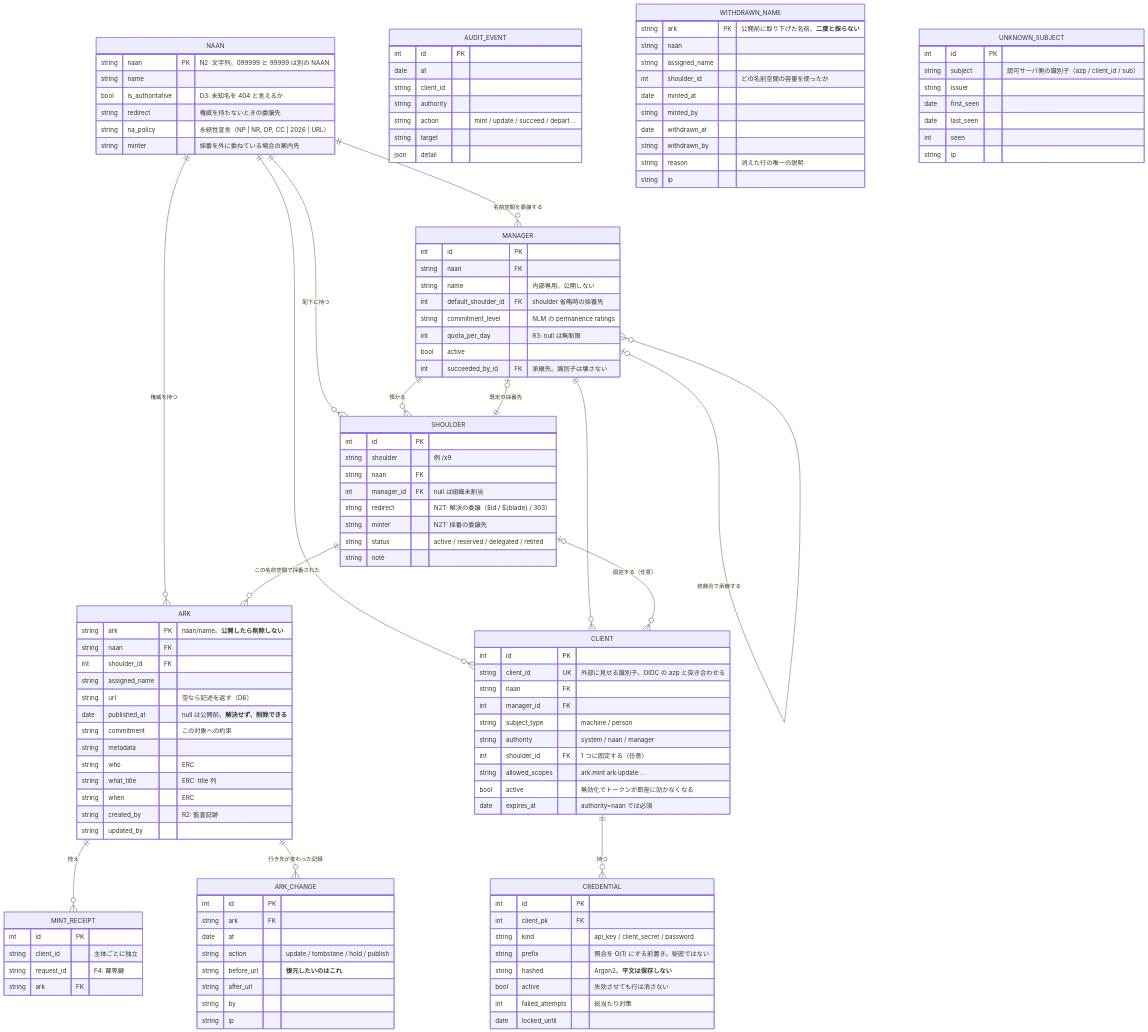
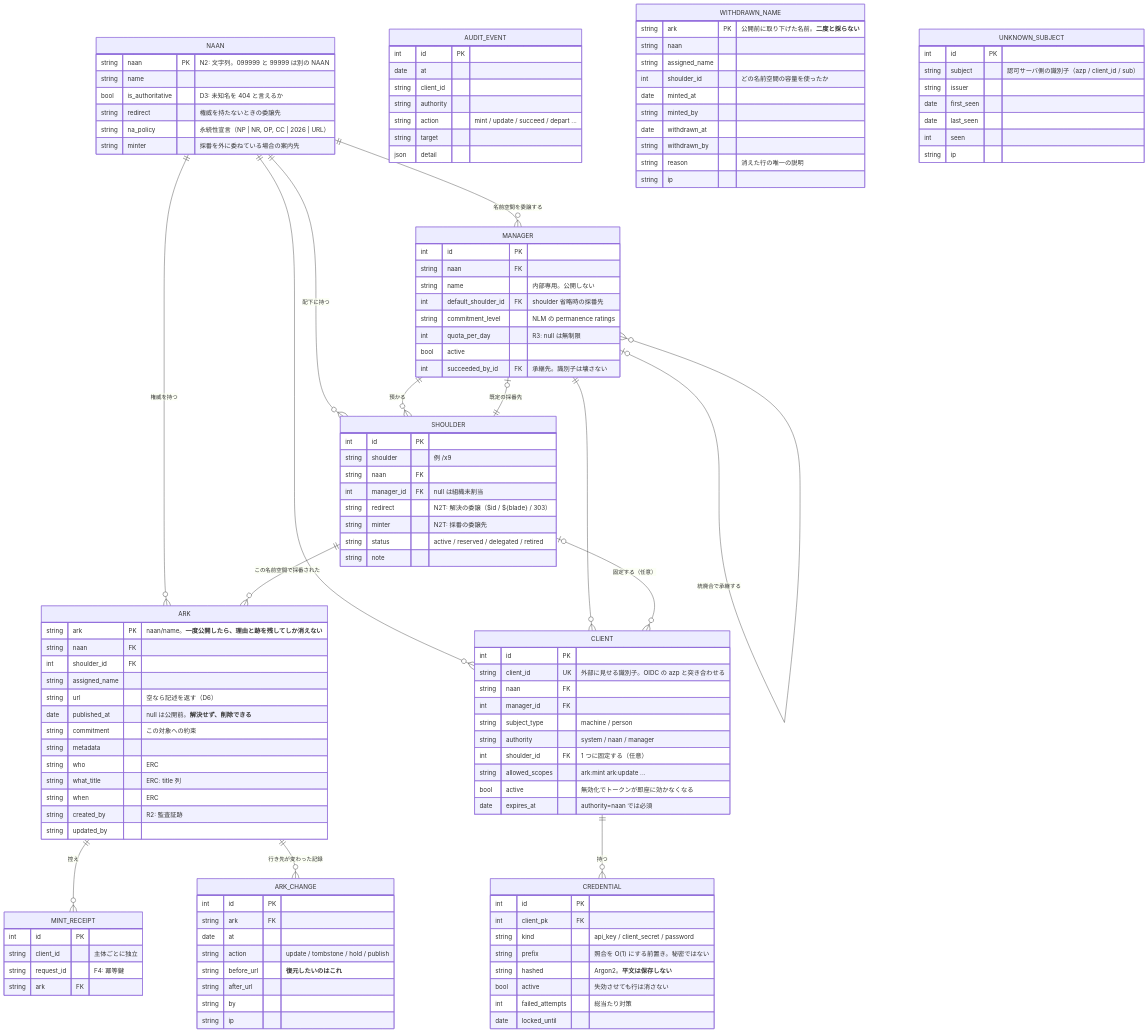
The diagram in docs/reference/data-model.ja.md (RCOSDP/arkhe), drawn with Mermaid before and after one commit. The commit also changed other lines of this file and 16 other files, not shown here.

```diff
--- a/docs/reference/data-model.ja.md
+++ b/docs/reference/data-model.ja.md
@@ -55,7 +55,7 @@
     }
 
     ARK {
-        string ark PK "naan/name。**公開したら削除しない**"
+        string ark PK "naan/name。**一度公開したら、理由と跡を残してしか消えない**"
         string naan FK
         int    shoulder_id FK
         string assigned_name
```
